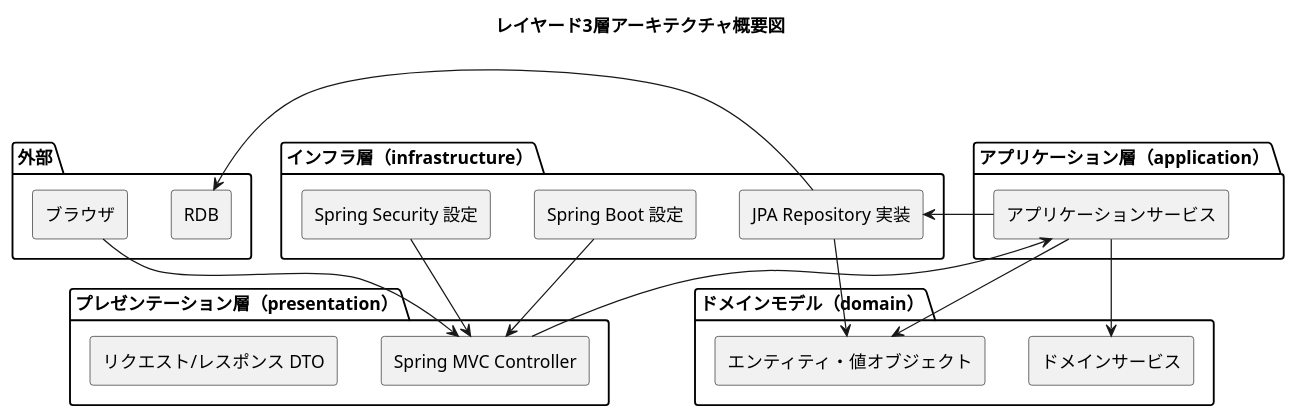
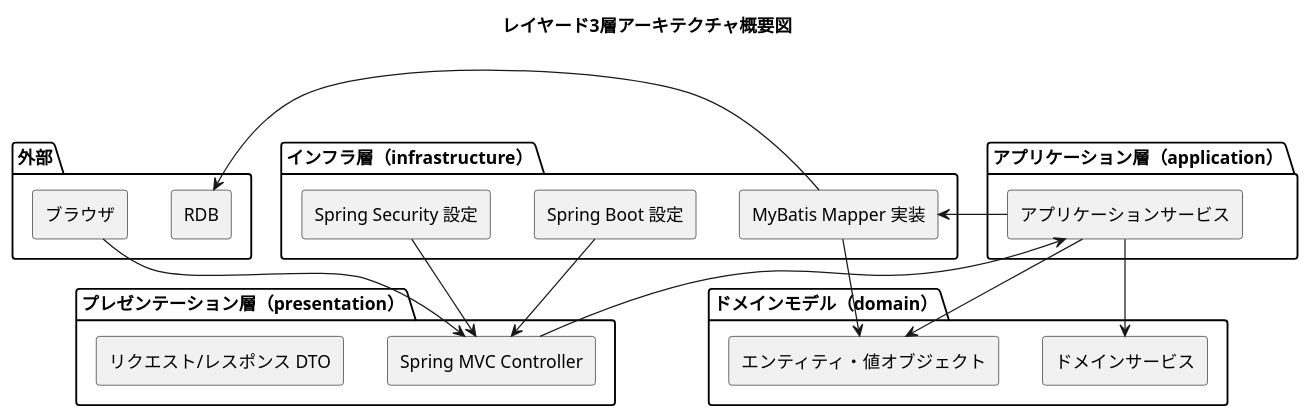
One commit to k2works/case-study-bouquet changed the first of 3 diagrams in docs/design/architecture_design.md. Above: the diagram before and after it, drawn with PlantUML. The commit also changed other lines of this file and 158 other files, not shown here.

````diff
--- a/docs/design/architecture_design.md
+++ b/docs/design/architecture_design.md
@@ -27,43 +27,43 @@
 ```plantuml
 @startuml
 title レイヤード3層アーキテクチャ概要図
 
 skinparam componentStyle rectangle
 
 package "外部" {
   [ブラウザ] as browser
   [RDB] as rdb
 }
 
 package "プレゼンテーション層（presentation）" {
   [Spring MVC Controller] as controller
   [リクエスト/レスポンス DTO] as dtos
 }
 
 package "アプリケーション層（application）" {
   [アプリケーションサービス] as app_service
 }
 
 package "インフラ層（infrastructure）" {
-  [JPA Repository 実装] as jpa_repo
+  [MyBatis Mapper 実装] as mybatis_mapper
   [Spring Boot 設定] as config
   [Spring Security 設定] as security
 }
 
 package "ドメインモデル（domain）" {
   [エンティティ・値オブジェクト] as domain_model
   [ドメインサービス] as domain_service
 }
 
 browser --> controller
 controller --> app_service
-app_service --> jpa_repo
+app_service --> mybatis_mapper
 app_service --> domain_model
 app_service --> domain_service
-jpa_repo --> rdb
-jpa_repo --> domain_model
+mybatis_mapper --> rdb
+mybatis_mapper --> domain_model
 config --> controller
 security --> controller
 
 @enduml
 ```
````
